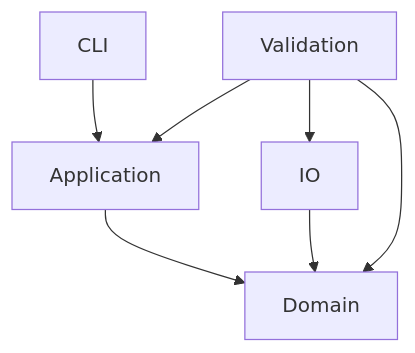
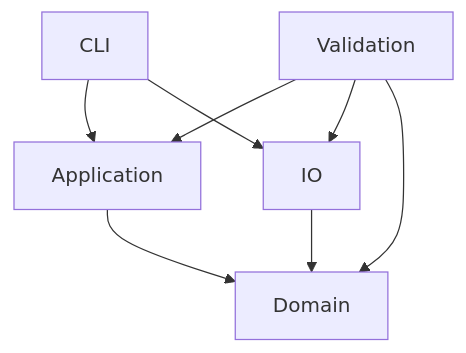
Before and after one commit to chyinan/JOCForge: the diagram in docs/architecture/DEPENDENCY-RULES.md, drawn with Mermaid. The commit also changed other lines of this file and 92 other files, not shown here.

````diff
--- a/docs/architecture/DEPENDENCY-RULES.md
+++ b/docs/architecture/DEPENDENCY-RULES.md
@@ -9,9 +9,10 @@
 ```mermaid
 flowchart TD
   CLI --> Application
+  CLI --> IO
   Validation --> Application
   Validation --> IO
   Validation --> Domain
   Application --> Domain
   IO --> Domain
 ```
````
